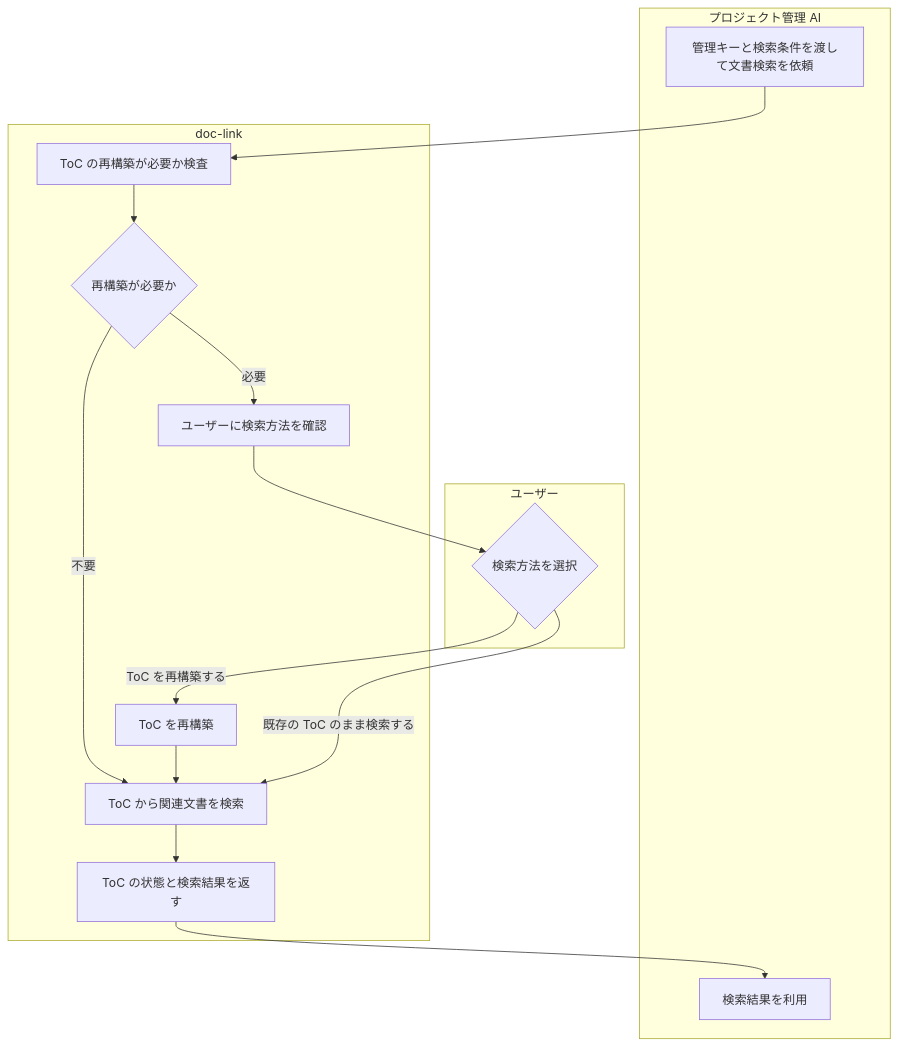
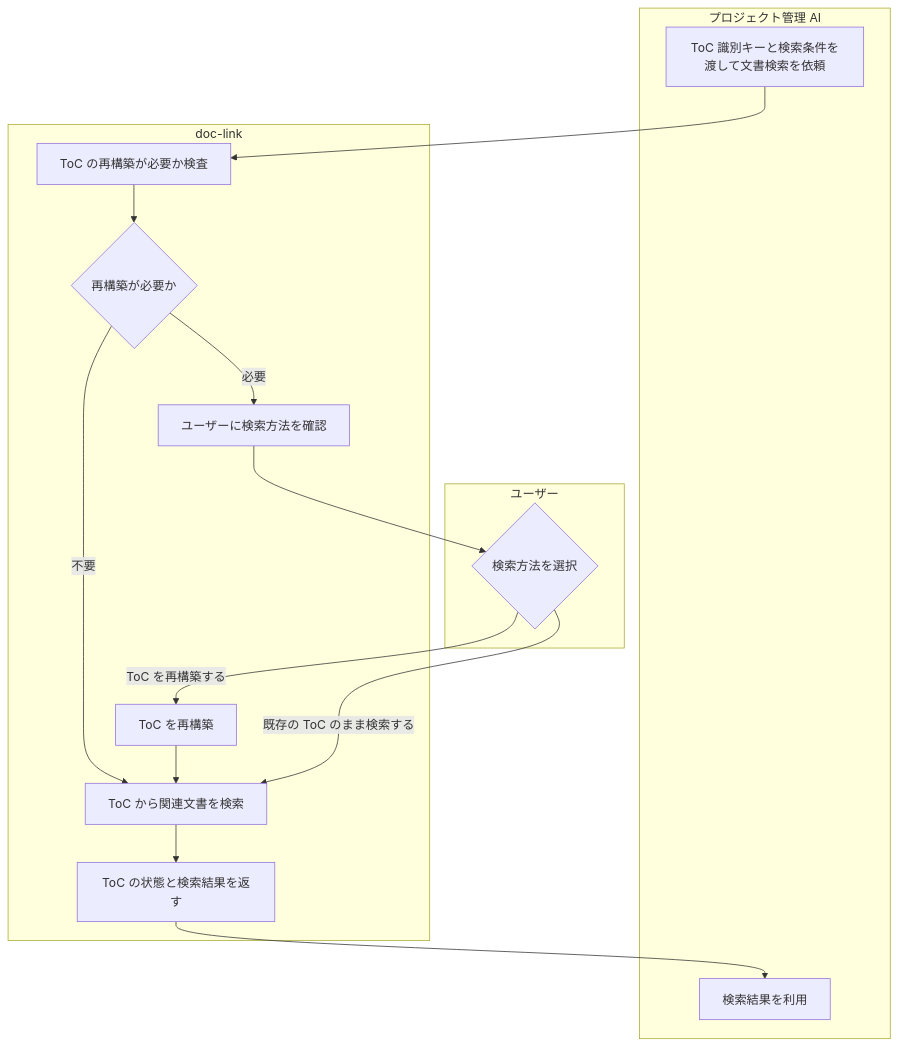
Before and after one commit to BlueEventHorizon/doc-link: the second of 2 diagrams in docs/specs/requirement/REQ-001_overview.md, drawn with Mermaid. The commit also changed other lines of this file and 23 other files, not shown here.

````diff
--- a/docs/specs/requirement/REQ-001_overview.md
+++ b/docs/specs/requirement/REQ-001_overview.md
@@ -107,32 +107,32 @@
 ```mermaid
 flowchart TB
     subgraph PROJECT_AI[プロジェクト管理 AI]
-        PA1[管理キーと検索条件を渡して文書検索を依頼]
+        PA1[ToC 識別キーと検索条件を渡して文書検索を依頼]
         PA2[検索結果を利用]
     end
 
     subgraph USER[ユーザー]
         U1{検索方法を選択}
     end
 
     subgraph DOC_LINK[doc-link]
         DL1[ToC の再構築が必要か検査]
         DL2{再構築が必要か}
         DL3[ユーザーに検索方法を確認]
         DL4[ToC を再構築]
         DL5[ToC から関連文書を検索]
         DL6[ToC の状態と検索結果を返す]
 
         DL1 --> DL2
         DL2 -- 不要 --> DL5
         DL2 -- 必要 --> DL3
         DL4 --> DL5
         DL5 --> DL6
     end
 
     PA1 --> DL1
     DL3 --> U1
     U1 -- ToC を再構築する --> DL4
     U1 -- 既存の ToC のまま検索する --> DL5
     DL6 --> PA2
 ```
````
